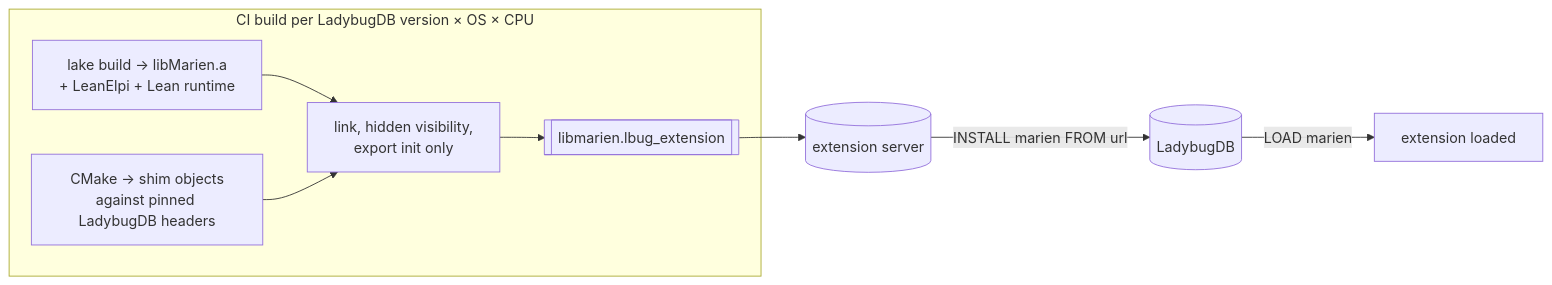
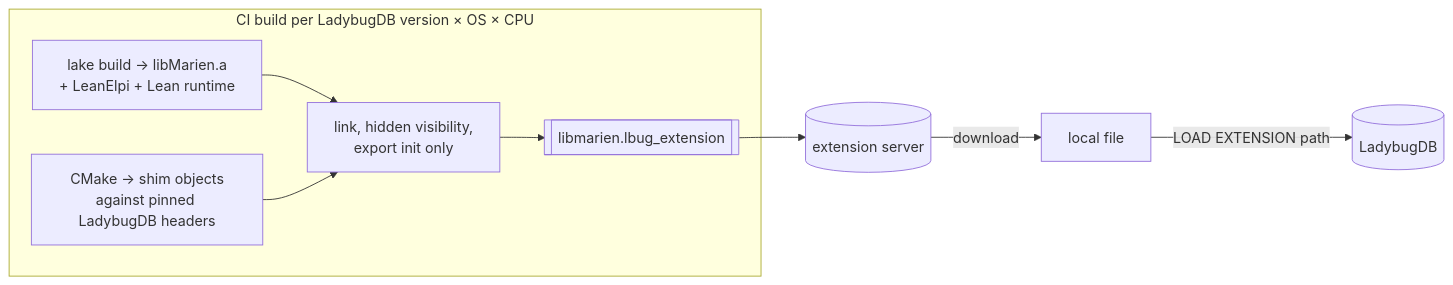
One commit to Volland/marien changed the fifth of 5 diagrams in tg.md/architecture/architecture.md. Above: the diagram before and after it, drawn with Mermaid. The commit also changed other lines of this file and 32 other files, not shown here.

First line of the commit message:
Archive M2 and M3; soundness theorems; install by download

````diff
--- a/tg.md/architecture/architecture.md
+++ b/tg.md/architecture/architecture.md
@@ -172,11 +172,11 @@
 ```mermaid
 flowchart LR
   subgraph build[CI build per LadybugDB version × OS × CPU]
     lake[lake build → libMarien.a<br/>+ LeanElpi + Lean runtime] --> link
     cmake[CMake → shim objects<br/>against pinned LadybugDB headers] --> link
     link[link, hidden visibility,<br/>export init only] --> lib[[libmarien.lbug_extension]]
   end
   lib --> srv[(extension server)]
-  srv -- "INSTALL marien FROM url" --> db[(LadybugDB)]
-  db -- "LOAD marien" --> run[extension loaded]
+  srv -- "download" --> file[local file]
+  file -- "LOAD EXTENSION path" --> db[(LadybugDB)]
 ```
````
